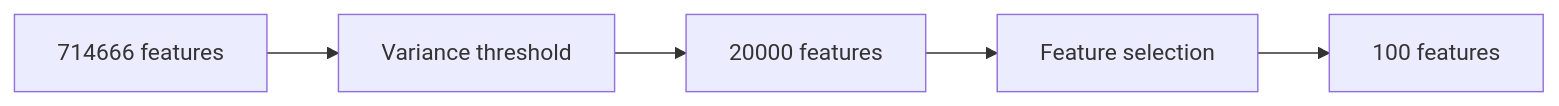
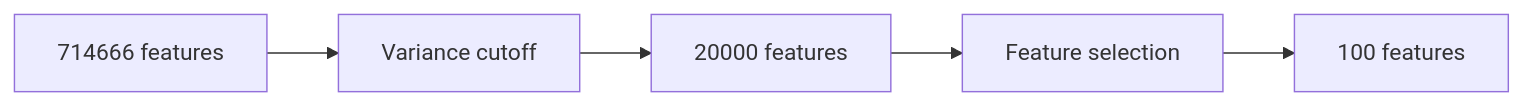
The diagram in project/index3.qmd (patinoboh/bioinformatika), drawn with Mermaid before and after one commit. The commit also changed other lines of this file, not shown here.

````diff
--- a/project/index3.qmd
+++ b/project/index3.qmd
@@ -88,8 +94,8 @@
 ```{mermaid}
 flowchart LR
     A[714666 features]
-    --> B[Variance threshold]
+    --> B[Variance cutoff]
     --> C[20000 features]
     --> D[Feature selection]
     --> E[100 features]
 ```
````
